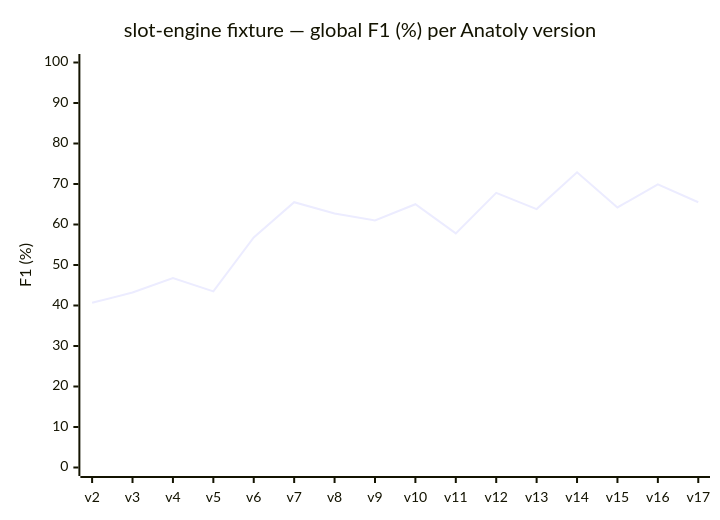
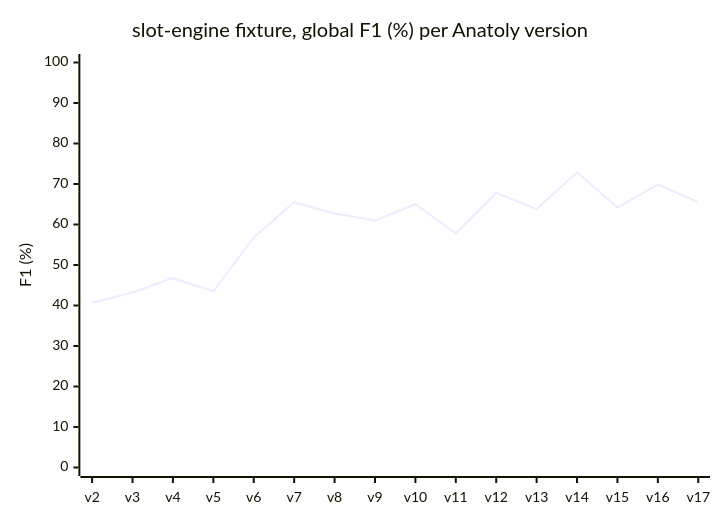
The diagram in README.md (r-via/anatoly), drawn with Mermaid before and after one commit. The commit also changed other lines of this file, not shown here.

````diff
--- a/README.md
+++ b/README.md
@@ -107,7 +107,7 @@
 ```mermaid
 xychart-beta
-    title "slot-engine fixture — global F1 (%) per Anatoly version"
+    title "slot-engine fixture, global F1 (%) per Anatoly version"
     x-axis [v2, v3, v4, v5, v6, v7, v8, v9, v10, v11, v12, v13, v14, v15, v16, v17]
     y-axis "F1 (%)" 0 --> 100
     line [40.7, 43.2, 46.8, 43.5, 56.8, 65.5, 62.7, 61.0, 65.0, 57.8, 67.8, 63.8, 72.9, 64.2, 69.9, 65.5]
 ```
````
